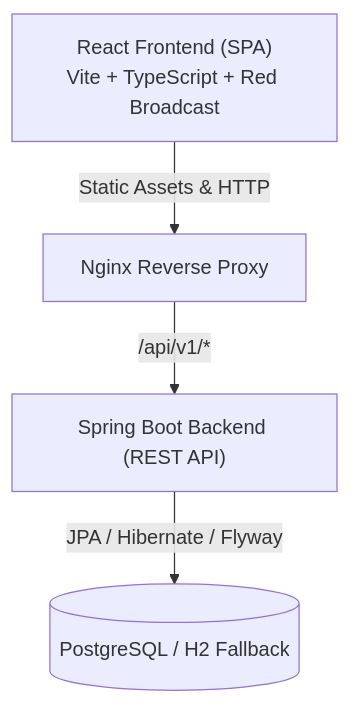
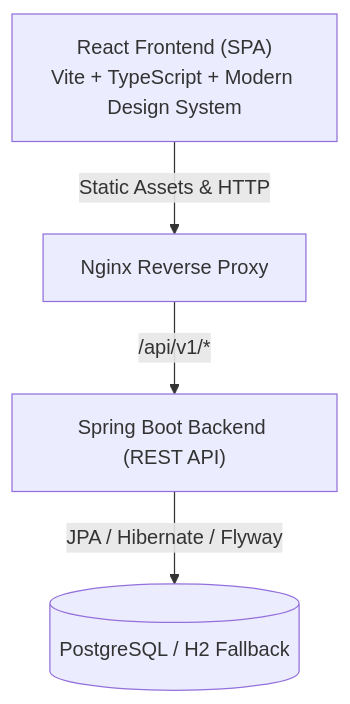
The diagram in docs/architecture.md (Ibrahim-salhab/FinTrack), drawn with Mermaid before and after one commit. The commit also changed other lines of this file and 9 other files, not shown here.

Commit message:
refactor: remove Red Broadcast keyword and add seed data seeder

````diff
--- a/docs/architecture.md
+++ b/docs/architecture.md
@@ -6,11 +6,11 @@
 ```mermaid
 flowchart TD
-    Client["React Frontend (SPA)<br/>Vite + TypeScript + Red Broadcast"]
+    Client["React Frontend (SPA)<br/>Vite + TypeScript + Modern Design System"]
     Nginx["Nginx Reverse Proxy"]
     API["Spring Boot Backend (REST API)"]
     DB[(PostgreSQL / H2 Fallback)]
 
     Client -->|Static Assets & HTTP| Nginx
     Nginx -->|/api/v1/*| API
     API -->|JPA / Hibernate / Flyway| DB
 ```
````
